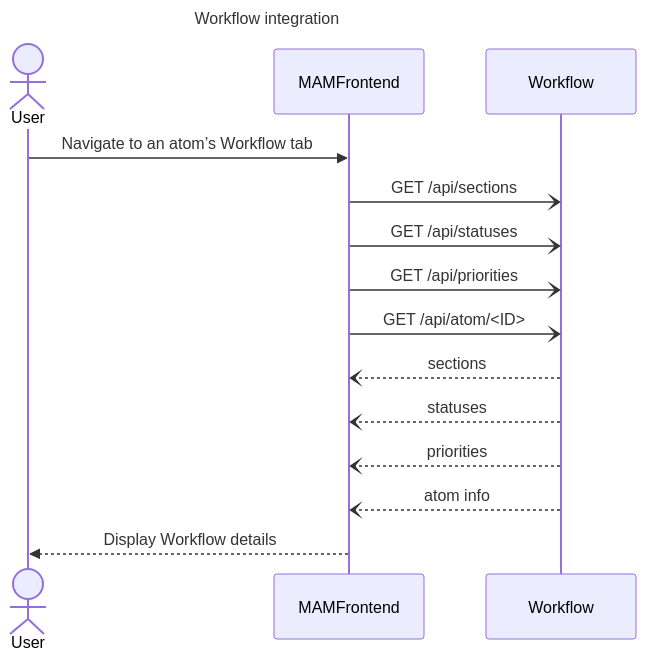
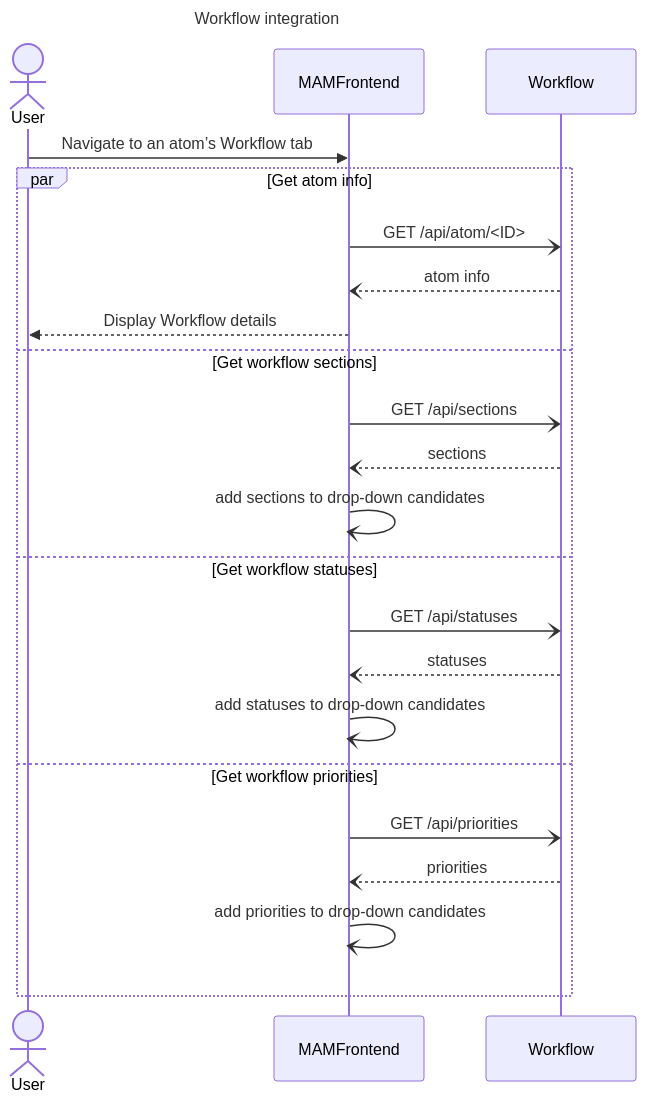
The second of 2 diagrams in docs/10-architecture.md (guardian/media-atom-maker), drawn with Mermaid before and after one commit.

Commit message:
Show workflow requests in parallel

````diff
--- a/docs/10-architecture.md
+++ b/docs/10-architecture.md
@@ -145,18 +145,26 @@
 ```mermaid
 ---
 title: Workflow integration
 ---
 sequenceDiagram
   actor User
   participant MAMFrontend
   User ->> MAMFrontend: Navigate to an atom’s Workflow tab
-  MAMFrontend -) Workflow: GET /api/sections
-  MAMFrontend -) Workflow: GET /api/statuses
-  MAMFrontend -) Workflow: GET /api/priorities
-  MAMFrontend -) Workflow: GET /api/atom/<ID>
-  Workflow --) MAMFrontend: sections
-  Workflow --) MAMFrontend: statuses
-  Workflow --) MAMFrontend: priorities
-  Workflow --) MAMFrontend: atom info
-  MAMFrontend -->> User: Display Workflow details
+  par Get atom info
+      MAMFrontend -) Workflow: GET /api/atom/<ID>
+      Workflow --) MAMFrontend: atom info
+      MAMFrontend -->> User: Display Workflow details
+  and Get workflow sections
+      MAMFrontend -) Workflow: GET /api/sections
+      Workflow --) MAMFrontend: sections
+      MAMFrontend -) MAMFrontend: add sections to drop-down candidates
+  and Get workflow statuses
+      MAMFrontend -) Workflow: GET /api/statuses
+      Workflow --) MAMFrontend: statuses
+      MAMFrontend -) MAMFrontend: add statuses to drop-down candidates
+  and Get workflow priorities
+      MAMFrontend -) Workflow: GET /api/priorities
+      Workflow --) MAMFrontend: priorities
+      MAMFrontend -) MAMFrontend: add priorities to drop-down candidates
+  end
 ```
````
